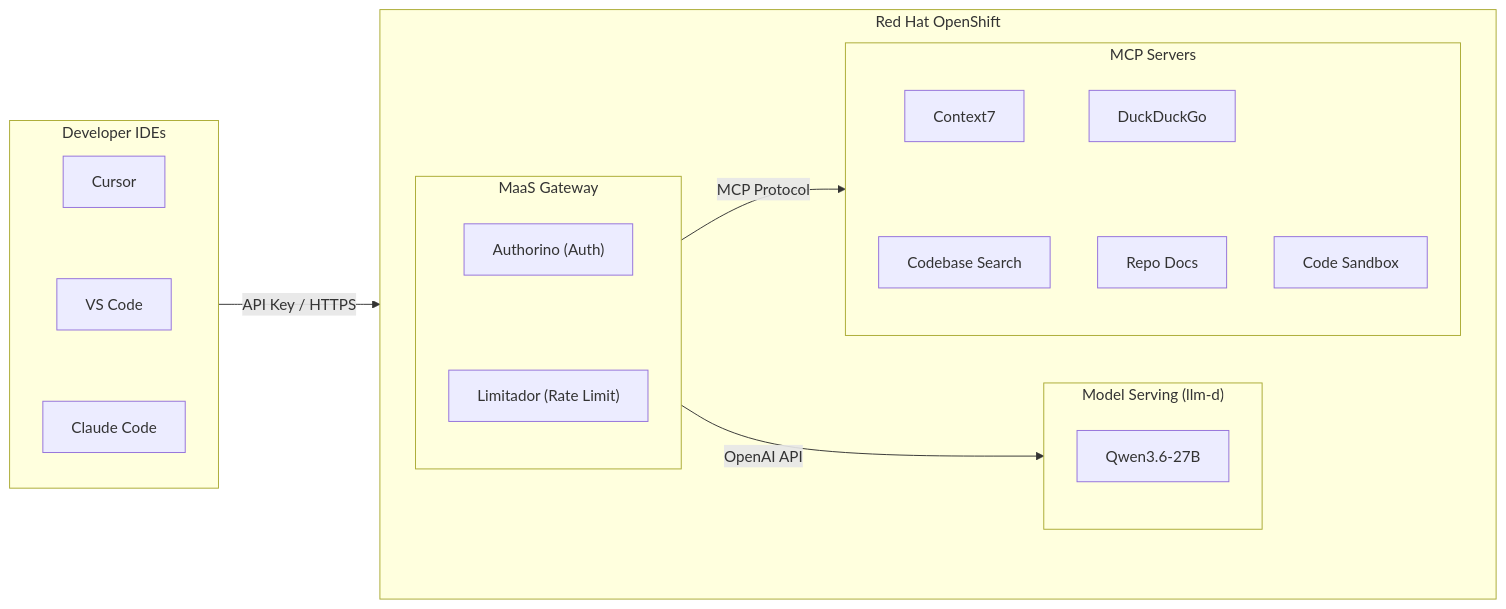
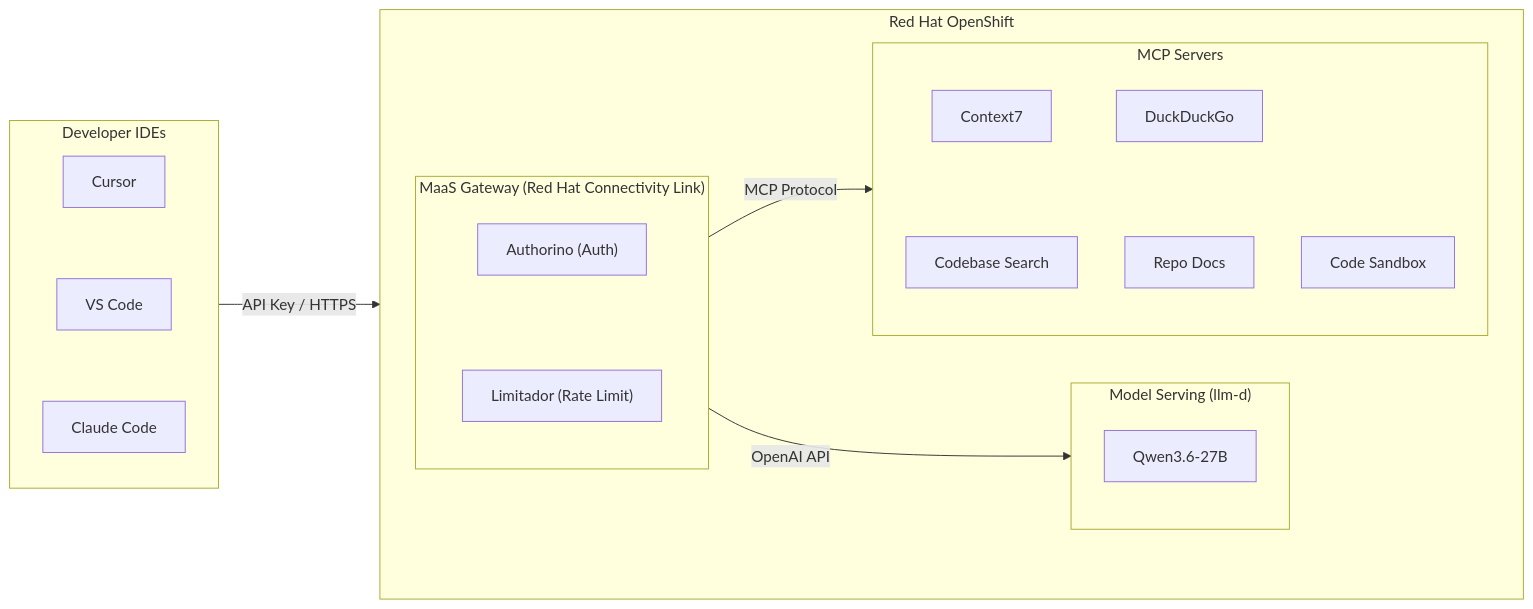
One commit to hyogrin/rhoai-coding-assistant-lab changed the diagram in README.md. Above: the diagram before and after it, drawn with Mermaid.

````diff
--- a/README.md
+++ b/README.md
@@ -7,35 +7,35 @@
 ```mermaid
 flowchart LR
     subgraph IDE["Developer IDEs"]
         direction TB
         Cursor[Cursor]
         VSCode[VS Code]
         ClaudeCode[Claude Code]
         Cursor ~~~ VSCode ~~~ ClaudeCode
     end
 
     subgraph OCP["Red Hat OpenShift"]
         direction LR
-        subgraph GW["MaaS Gateway"]
+        subgraph GW["MaaS Gateway (Red Hat Connectivity Link)"]
             direction TB
             Auth["Authorino (Auth)"]
             Limit["Limitador (Rate Limit)"]
             Auth ~~~ Limit
         end
 
         subgraph Serving["Model Serving (llm-d)"]
             vLLM["Qwen3.6-27B"]
         end
 
         subgraph Tools["MCP Servers"]
             direction TB
             C7[Context7] ~~~ Search[Codebase Search] 
             DDG[DuckDuckGo] ~~~ Docs[Repo Docs]
             Sandbox[Code Sandbox]
         end
     end
 
     IDE -->|"API Key / HTTPS"| GW
     GW -->|"OpenAI API"| Serving
     GW -->|"MCP Protocol"| Tools
 ```
````
